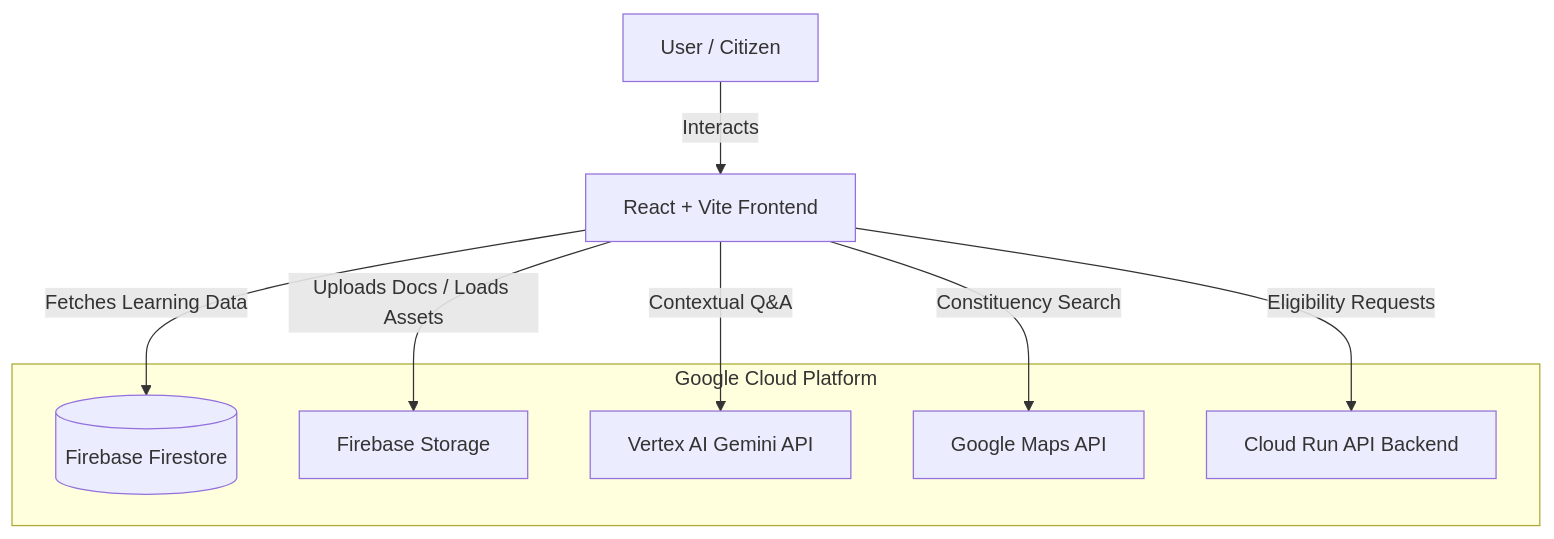
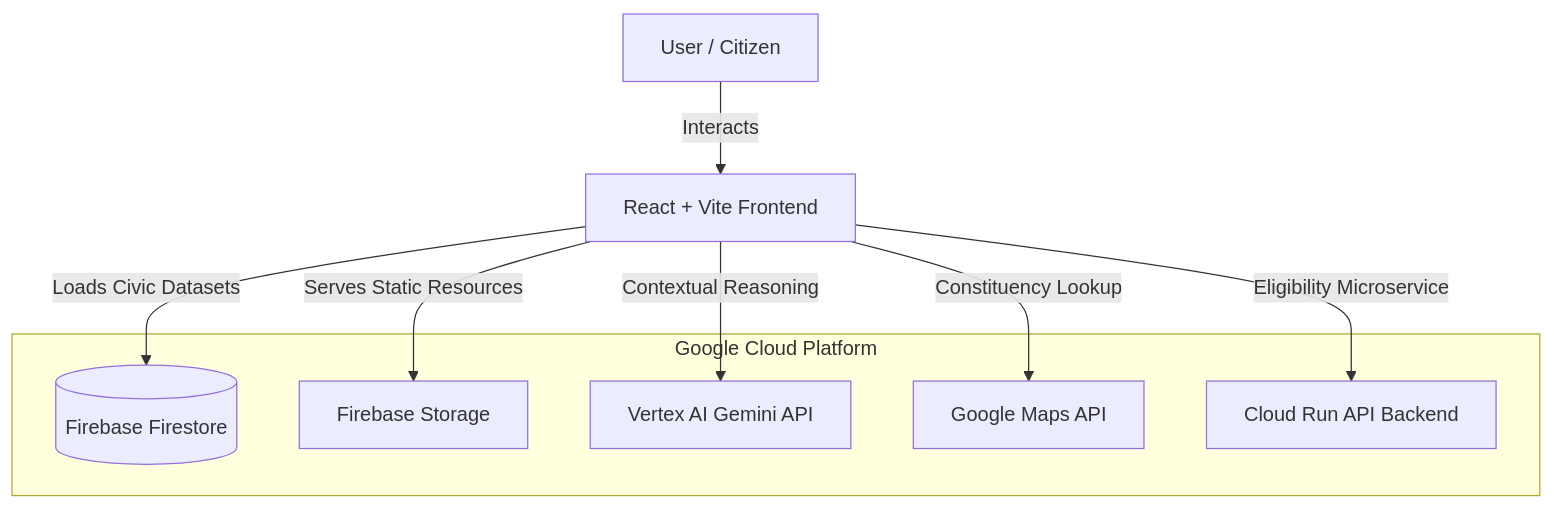
The diagram in README.md (Teju-00/PromptWars), drawn with Mermaid before and after one commit. The commit also changed other lines of this file and 11 other files, not shown here.

Commit message:
Final evaluator optimization: readiness model + architecture + personalization + fallback system

````diff
--- a/README.md
+++ b/README.md
@@ -63,17 +65,17 @@
 ```mermaid
 graph TD
     A[User / Citizen] -->|Interacts| B[React + Vite Frontend]
-    B -->|Fetches Learning Data| C[(Firebase Firestore)]
-    B -->|Uploads Docs / Loads Assets| D[Firebase Storage]
-    B -->|Contextual Q&A| E[Vertex AI Gemini API]
-    B -->|Constituency Search| F[Google Maps API]
-    B -->|Eligibility Requests| G[Cloud Run API Backend]
+    B -->|Loads Civic Datasets| C[(Firebase Firestore)]
+    B -->|Serves Static Resources| D[Firebase Storage]
+    B -->|Contextual Reasoning| E[Vertex AI Gemini API]
+    B -->|Constituency Lookup| F[Google Maps API]
+    B -->|Eligibility Microservice| G[Cloud Run API Backend]
     
     subgraph Google Cloud Platform
         C
         D
         E
         F
         G
     end
 ```
````
